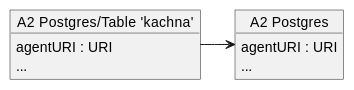
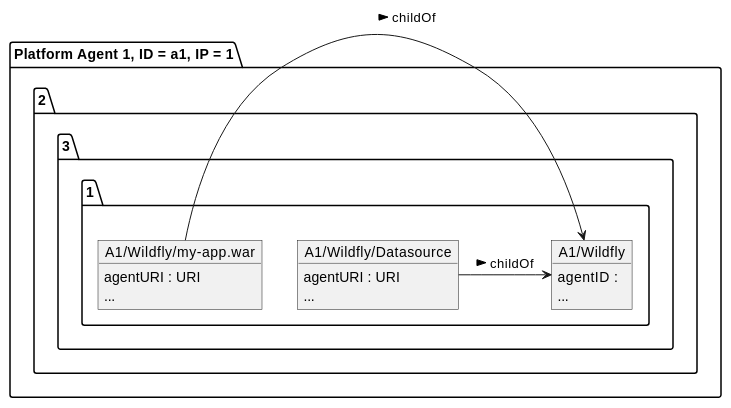
The third of 11 diagrams in doc/architecture.adoc (metlos/rhq.next-thoughts), drawn with PlantUML before and after one commit. The commit also changed other lines of this file, not shown here.

Commit message:
Updated the arch doc with discovery workflow

```diff
--- a/doc/architecture.adoc
+++ b/doc/architecture.adoc
@@ -216,16 +202,23 @@
-[plantuml, discovery-results-platform-agent]
+[plantuml, discovery-queue-1]
 ....
 
-object "A2 Postgres" as pa2Postgres {
-    agentURI : URI
-    ...
+package "Platform Agent 1, ID = a1, IP = 1.2.3.1" {
+    object "A1/Wildfly" as pa1Wfly {
+        agentID : 
+        ...
+    }
+
+    object "A1/Wildfly/Datasource" as pa1DS {
+        agentURI : URI
+        ...
+    }
+
+    object "A1/Wildfly/my-app.war" as pa1War {
+        agentURI : URI
+        ...
+    }
+
+    pa1DS -> pa1Wfly : childOf >
+    pa1War -> pa1Wfly  : childOf >
 }
-
-object "A2 Postgres/Table 'kachna'" as pa2Kachna {
-    agentURI : URI
-    ...
-}
-
-pa2Kachna -> pa2Postgres
-
 ....
```
